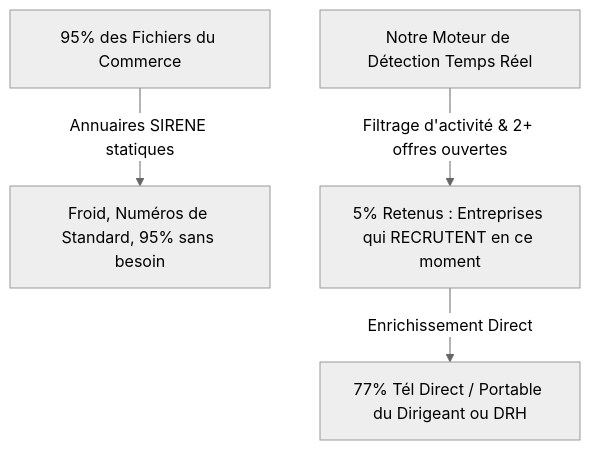
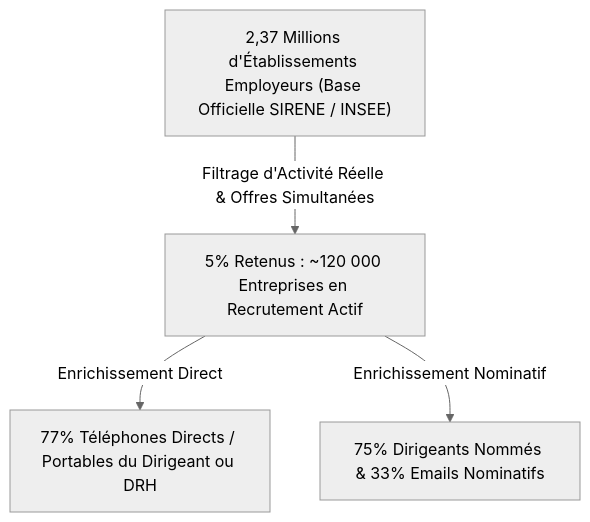
One commit to julienflorenceflorence-oss/geminicli-backup changed the first of 2 diagrams in 04_Livrables/Markdown/Plaquette_Commerciale_Detection_Entreprises.md. Above: the diagram before and after it, drawn with Mermaid (neutral theme). The commit also changed other lines of this file and 4 other files, not shown here.

Commit message:
Chore: ancrage des statistiques INSEE et France Travail BMO réelles dans la plaquette commerciale

````diff
--- a/04_Livrables/Markdown/Plaquette_Commerciale_Detection_Entreprises.md
+++ b/04_Livrables/Markdown/Plaquette_Commerciale_Detection_Entreprises.md
@@ -12,6 +12,6 @@
 ```mermaid
 graph TD
-    A["95% des Fichiers du Commerce"] -->|Annuaires SIRENE statiques| B["Froid, Numéros de Standard, 95% sans besoin"]
-    C["Notre Moteur de Détection Temps Réel"] -->|Filtrage d'activité & 2+ offres ouvertes| D["5% Retenus : Entreprises qui RECRUTENT en ce moment"]
-    D -->|Enrichissement Direct| E["77% Tél Direct / Portable du Dirigeant ou DRH"]
+    A["2,37 Millions d'Établissements Employeurs (Base Officielle SIRENE / INSEE)"] -->|Filtrage d'Activité Réelle & Offres Simultanées| B["5% Retenus : ~120 000 Entreprises en Recrutement Actif"]
+    B -->|Enrichissement Direct| C["77% Téléphones Directs / Portables du Dirigeant ou DRH"]
+    B -->|Enrichissement Nominatif| D["75% Dirigeants Nommés & 33% Emails Nominatifs"]
 ```
````
